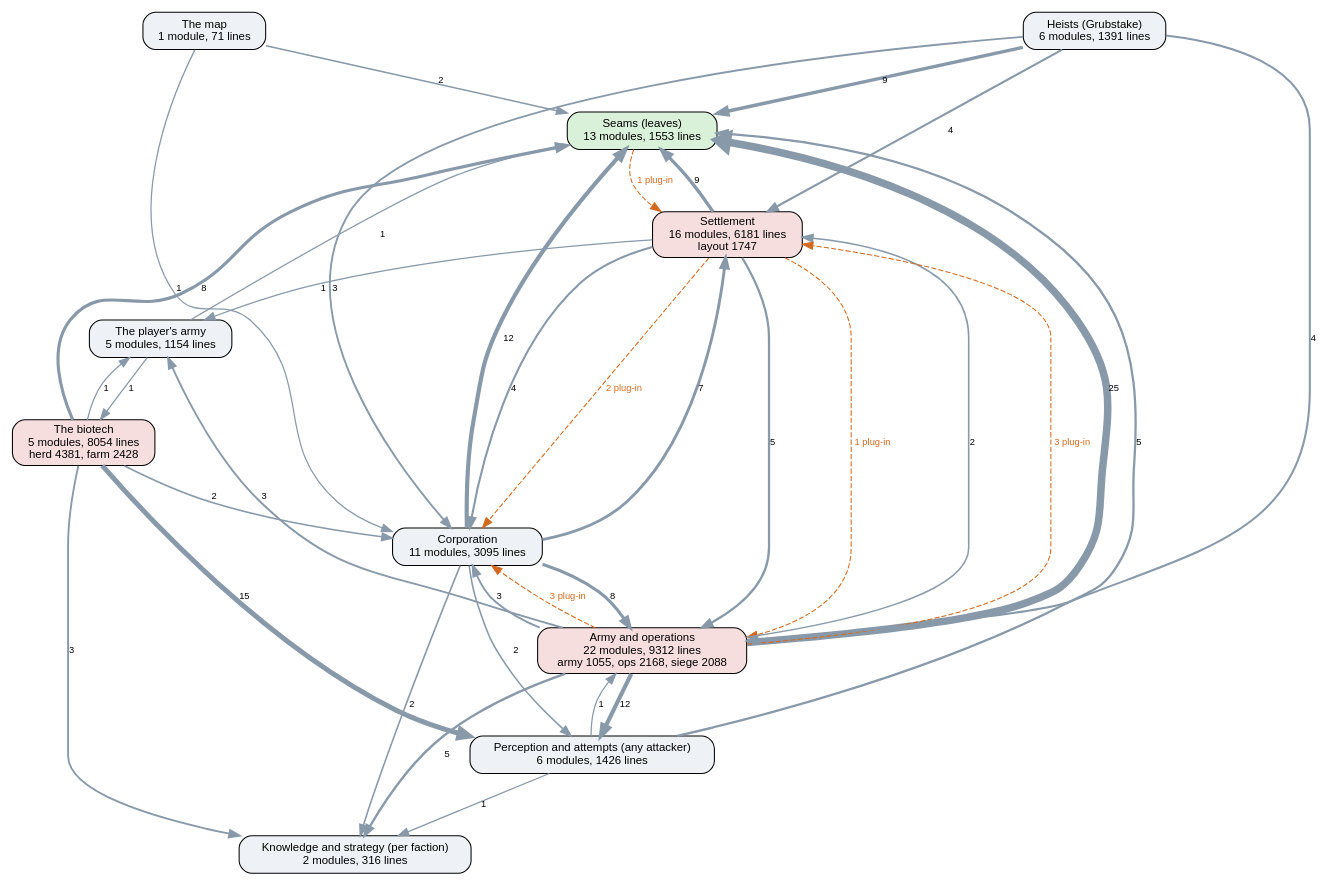
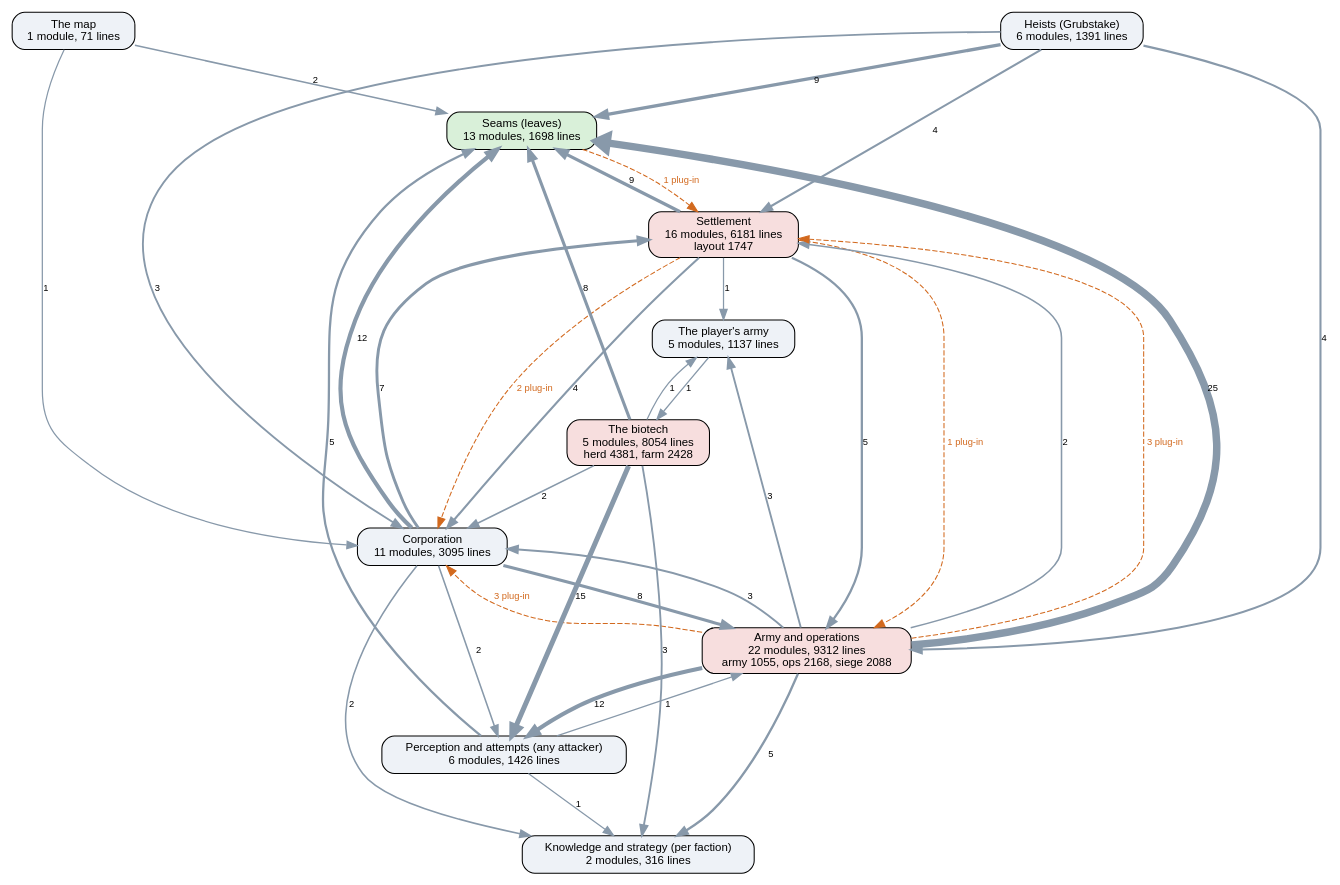
The diagram in docs/ai-layers.dot (kinelhu/landing-party), drawn with Graphviz before and after one commit. The commit also changed 17 other files, not shown here.

```diff
--- a/docs/ai-layers.dot
+++ b/docs/ai-layers.dot
@@ -1,51 +1,50 @@
 digraph layers {
   graph [rankdir=TB, fontname="Helvetica", nodesep=0.5, ranksep=0.7];
   node [shape=box, style="rounded,filled", fontname="Helvetica", fontsize=11, fillcolor="#eef2f7"];
   edge [color="#8899aa", fontname="Helvetica", fontsize=9];
-  "Seams (leaves)" [label="Seams (leaves)\n13 modules, 1553 lines", fillcolor="#d9f0d9"];
+  "Seams (leaves)" [label="Seams (leaves)\n13 modules, 1698 lines", fillcolor="#d9f0d9"];
   "Perception and attempts (any attacker)" [label="Perception and attempts (any attacker)\n6 modules, 1426 lines", fillcolor="#eef2f7"];
   "Knowledge and strategy (per faction)" [label="Knowledge and strategy (per faction)\n2 modules, 316 lines", fillcolor="#eef2f7"];
   "Corporation" [label="Corporation\n11 modules, 3095 lines", fillcolor="#eef2f7"];
   "Settlement" [label="Settlement\n16 modules, 6181 lines\nlayout 1747", fillcolor="#f7dede"];
   "Army and operations" [label="Army and operations\n22 modules, 9312 lines\narmy 1055, ops 2168, siege 2088", fillcolor="#f7dede"];
   "Heists (Grubstake)" [label="Heists (Grubstake)\n6 modules, 1391 lines", fillcolor="#eef2f7"];
   "The biotech" [label="The biotech\n5 modules, 8054 lines\nherd 4381, farm 2428", fillcolor="#f7dede"];
   "The map" [label="The map\n1 module, 71 lines", fillcolor="#eef2f7"];
-  "The player's army" [label="The player's army\n5 modules, 1154 lines", fillcolor="#eef2f7"];
+  "The player's army" [label="The player's army\n5 modules, 1137 lines", fillcolor="#eef2f7"];
   "Army and operations" -> "Corporation" [label="3", penwidth=1.8];
   "Army and operations" -> "Knowledge and strategy (per faction)" [label="5", penwidth=2.2];
   "Army and operations" -> "Perception and attempts (any attacker)" [label="12", penwidth=4.0];
   "Army and operations" -> "Seams (leaves)" [label="25", penwidth=7.2];
   "Army and operations" -> "Settlement" [label="2", penwidth=1.5];
   "Army and operations" -> "The player's army" [label="3", penwidth=1.8];
   "Corporation" -> "Army and operations" [label="8", penwidth=3.0];
   "Corporation" -> "Knowledge and strategy (per faction)" [label="2", penwidth=1.5];
   "Corporation" -> "Perception and attempts (any attacker)" [label="2", penwidth=1.5];
   "Corporation" -> "Seams (leaves)" [label="12", penwidth=4.0];
   "Corporation" -> "Settlement" [label="7", penwidth=2.8];
   "Heists (Grubstake)" -> "Army and operations" [label="4", penwidth=2.0];
   "Heists (Grubstake)" -> "Corporation" [label="3", penwidth=1.8];
   "Heists (Grubstake)" -> "Seams (leaves)" [label="9", penwidth=3.2];
   "Heists (Grubstake)" -> "Settlement" [label="4", penwidth=2.0];
   "Perception and attempts (any attacker)" -> "Army and operations" [label="1", penwidth=1.2];
   "Perception and attempts (any attacker)" -> "Knowledge and strategy (per faction)" [label="1", penwidth=1.2];
   "Perception and attempts (any attacker)" -> "Seams (leaves)" [label="5", penwidth=2.2];
   "Settlement" -> "Army and operations" [label="5", penwidth=2.2];
   "Settlement" -> "Corporation" [label="4", penwidth=2.0];
   "Settlement" -> "Seams (leaves)" [label="9", penwidth=3.2];
   "Settlement" -> "The player's army" [label="1", penwidth=1.2];
   "The biotech" -> "Corporation" [label="2", penwidth=1.5];
   "The biotech" -> "Knowledge and strategy (per faction)" [label="3", penwidth=1.8];
   "The biotech" -> "Perception and attempts (any attacker)" [label="15", penwidth=4.8];
   "The biotech" -> "Seams (leaves)" [label="8", penwidth=3.0];
   "The biotech" -> "The player's army" [label="1", penwidth=1.2];
   "The map" -> "Corporation" [label="1", penwidth=1.2];
   "The map" -> "Seams (leaves)" [label="2", penwidth=1.5];
-  "The player's army" -> "Seams (leaves)" [label="1", penwidth=1.2];
   "The player's army" -> "The biotech" [label="1", penwidth=1.2];
   "Army and operations" -> "Corporation" [style=dashed, color="#d2691e", fontcolor="#d2691e", label="3 plug-in"];
   "Army and operations" -> "Settlement" [style=dashed, color="#d2691e", fontcolor="#d2691e", label="3 plug-in"];
   "Seams (leaves)" -> "Settlement" [style=dashed, color="#d2691e", fontcolor="#d2691e", label="1 plug-in"];
   "Settlement" -> "Army and operations" [style=dashed, color="#d2691e", fontcolor="#d2691e", label="1 plug-in"];
   "Settlement" -> "Corporation" [style=dashed, color="#d2691e", fontcolor="#d2691e", label="2 plug-in"];
 }
```
